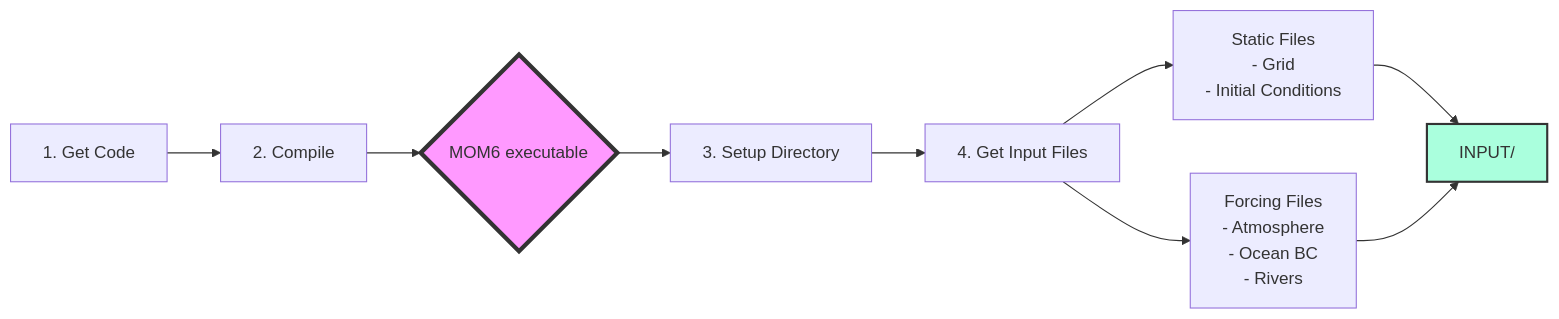
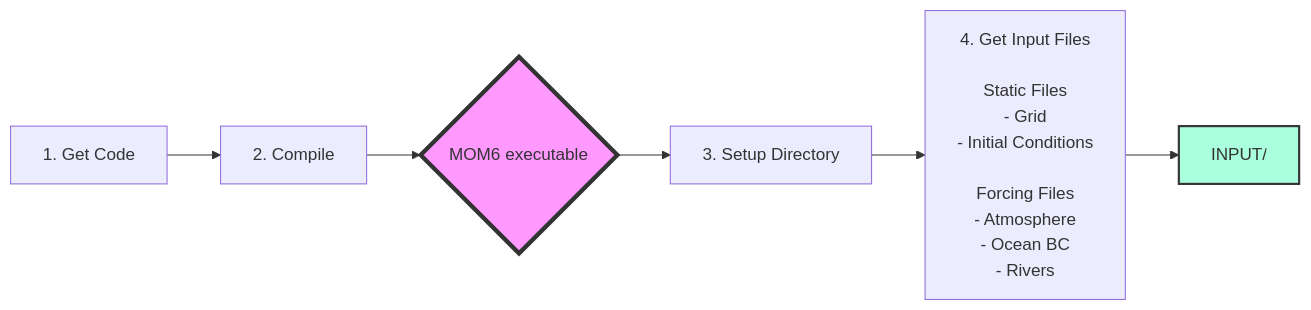
The first of 7 diagrams in exps/NEUS25.COBALT/README2.md (dksasaki/MOM6_COBALT_NEUS25), drawn with Mermaid before and after one commit.

````diff
--- a/exps/NEUS25.COBALT/README2.md
+++ b/exps/NEUS25.COBALT/README2.md
@@ -18,16 +18,13 @@
 ```mermaid
 flowchart LR
     A[1. Get Code] --> B[2. Compile]
     B --> C{MOM6 executable}
     C --> D[3. Setup Directory]
     
-    D --> E[4. Get Input Files]
-    E --> F[Static Files<br/>- Grid<br/>- Initial Conditions]
-    E --> G[Forcing Files<br/>- Atmosphere<br/>- Ocean BC<br/>- Rivers]
-    
-    F --> H[INPUT/]
-    G --> H
+    D --> E[4. Get Input Files <br/> <br/>Static Files<br/>- Grid<br/>- Initial Conditions <br/> <br/>Forcing Files<br/>- Atmosphere<br/>- Ocean BC<br/>- Rivers]
+
+    E --> H[INPUT/]
     
     style C fill:#f9f,stroke:#333,stroke-width:4px
     style H fill:#afd,stroke:#333,stroke-width:2px
 ```
````
